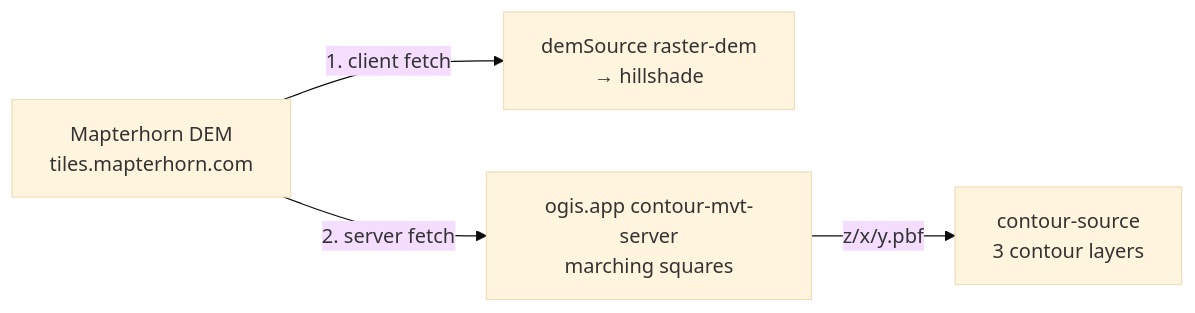
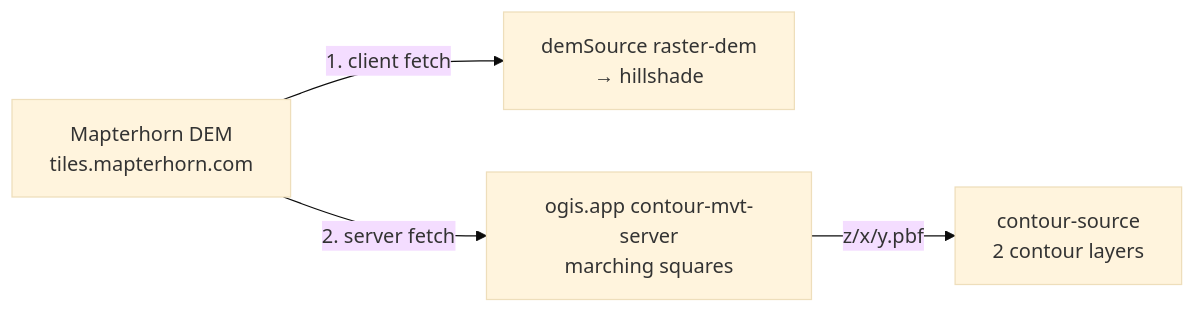
Before and after one commit to OpenGIS/outdoors: the diagram in docs/contours.md, drawn with Mermaid (base theme). The commit also changed other lines of this file and 15 other files, not shown here.

````diff
--- a/docs/contours.md
+++ b/docs/contours.md
@@ -98,6 +98,6 @@
 ```mermaid
 flowchart LR
     DEM["Mapterhorn DEM<br/>tiles.mapterhorn.com"] -->|"1. client fetch"| HILL["demSource raster-dem<br/>→ hillshade"]
     DEM -->|"2. server fetch"| SERVER["ogis.app contour-mvt-server<br/>marching squares"]
-    SERVER -->|"z/x/y.pbf"| STYLE["contour-source<br/>3 contour layers"]
+    SERVER -->|"z/x/y.pbf"| STYLE["contour-source<br/>2 contour layers"]
 ```
````
